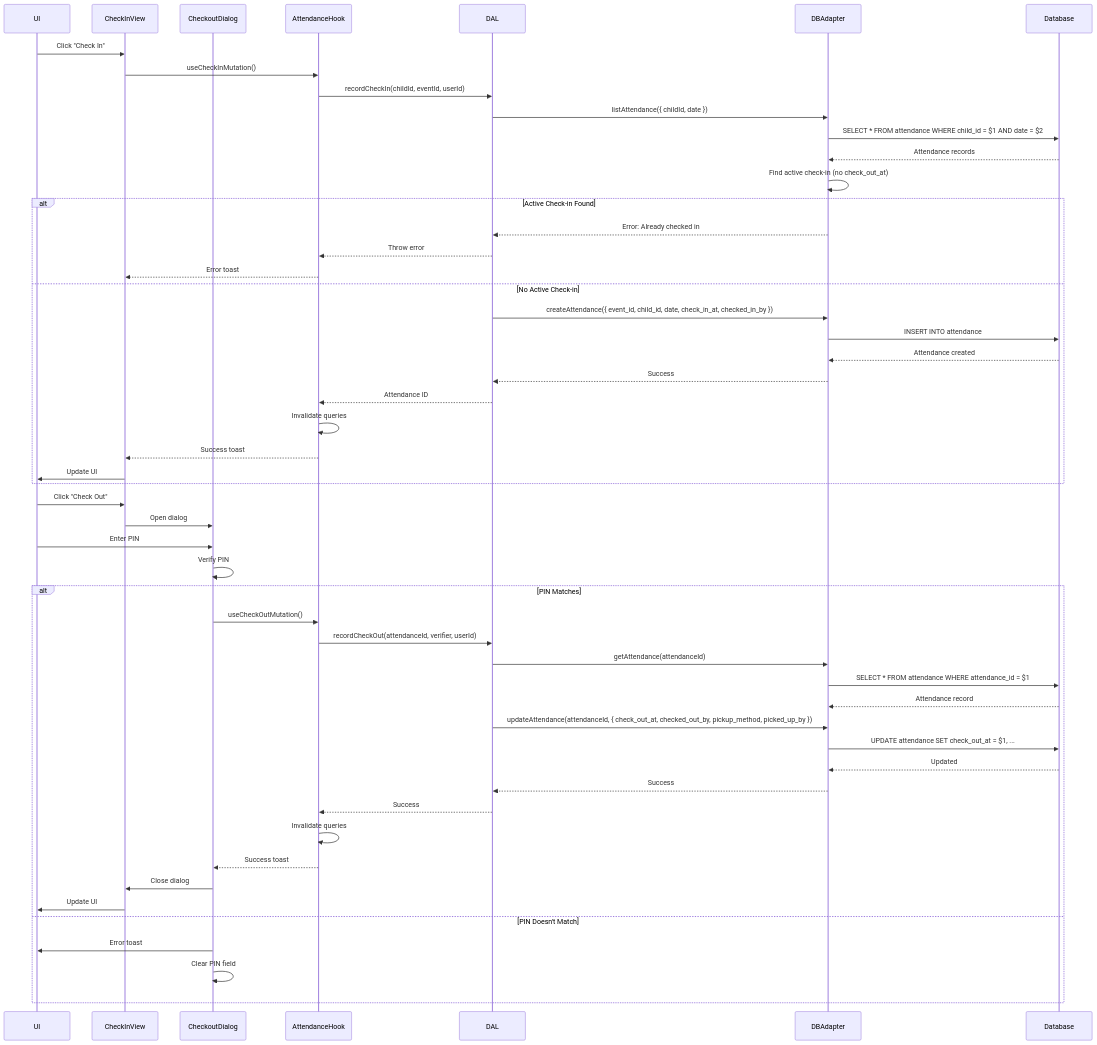
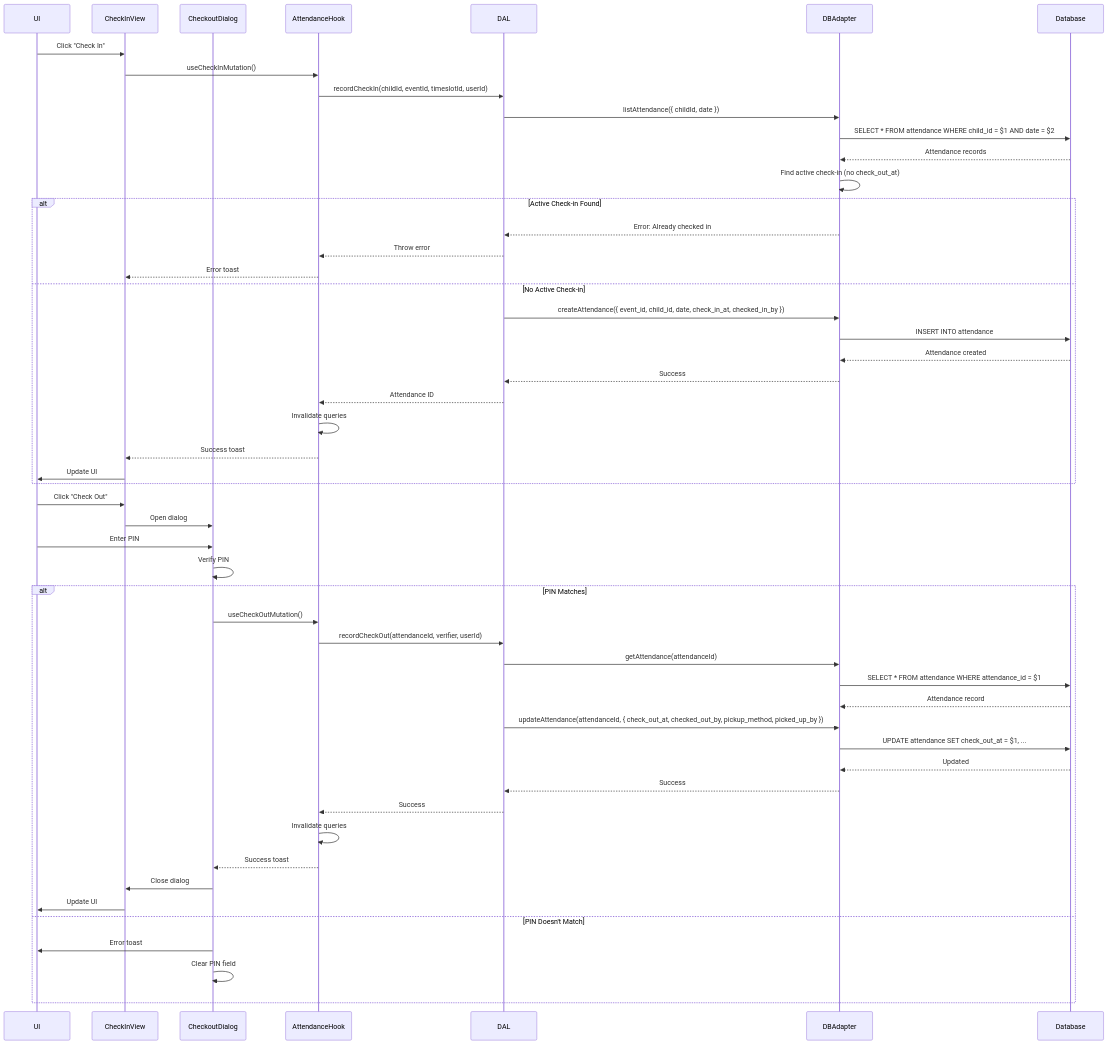
One commit to tzlukoma/gather-kids changed the diagram in docs/flows/shared/check-in-technical.md. Above: the diagram before and after it, drawn with Mermaid. The commit also changed other lines of this file and 2 other files, not shown here.

````diff
--- a/docs/flows/shared/check-in-technical.md
+++ b/docs/flows/shared/check-in-technical.md
@@ -121,61 +121,61 @@
 ```mermaid
 sequenceDiagram
     participant UI
     participant CheckInView
     participant CheckoutDialog
     participant AttendanceHook
     participant DAL
     participant DBAdapter
     participant Database
 
     UI->>CheckInView: Click "Check In"
     CheckInView->>AttendanceHook: useCheckInMutation()
-    AttendanceHook->>DAL: recordCheckIn(childId, eventId, userId)
+    AttendanceHook->>DAL: recordCheckIn(childId, eventId, timeslotId, userId)
     
     DAL->>DBAdapter: listAttendance({ childId, date })
     DBAdapter->>Database: SELECT * FROM attendance WHERE child_id = $1 AND date = $2
     Database-->>DBAdapter: Attendance records
     DBAdapter->>DBAdapter: Find active check-in (no check_out_at)
     
     alt Active Check-in Found
         DBAdapter-->>DAL: Error: Already checked in
         DAL-->>AttendanceHook: Throw error
         AttendanceHook-->>CheckInView: Error toast
     else No Active Check-in
         DAL->>DBAdapter: createAttendance({ event_id, child_id, date, check_in_at, checked_in_by })
         DBAdapter->>Database: INSERT INTO attendance
         Database-->>DBAdapter: Attendance created
         DBAdapter-->>DAL: Success
         DAL-->>AttendanceHook: Attendance ID
         AttendanceHook->>AttendanceHook: Invalidate queries
         AttendanceHook-->>CheckInView: Success toast
         CheckInView->>UI: Update UI
     end
     
     UI->>CheckInView: Click "Check Out"
     CheckInView->>CheckoutDialog: Open dialog
     UI->>CheckoutDialog: Enter PIN
     CheckoutDialog->>CheckoutDialog: Verify PIN
     
     alt PIN Matches
         CheckoutDialog->>AttendanceHook: useCheckOutMutation()
         AttendanceHook->>DAL: recordCheckOut(attendanceId, verifier, userId)
         
         DAL->>DBAdapter: getAttendance(attendanceId)
         DBAdapter->>Database: SELECT * FROM attendance WHERE attendance_id = $1
         Database-->>DBAdapter: Attendance record
         
         DAL->>DBAdapter: updateAttendance(attendanceId, { check_out_at, checked_out_by, pickup_method, picked_up_by })
         DBAdapter->>Database: UPDATE attendance SET check_out_at = $1, ...
         Database-->>DBAdapter: Updated
         DBAdapter-->>DAL: Success
         DAL-->>AttendanceHook: Success
         AttendanceHook->>AttendanceHook: Invalidate queries
         AttendanceHook-->>CheckoutDialog: Success toast
         CheckoutDialog->>CheckInView: Close dialog
         CheckInView->>UI: Update UI
     else PIN Doesn't Match
         CheckoutDialog->>UI: Error toast
         CheckoutDialog->>CheckoutDialog: Clear PIN field
     end
 ```
````
